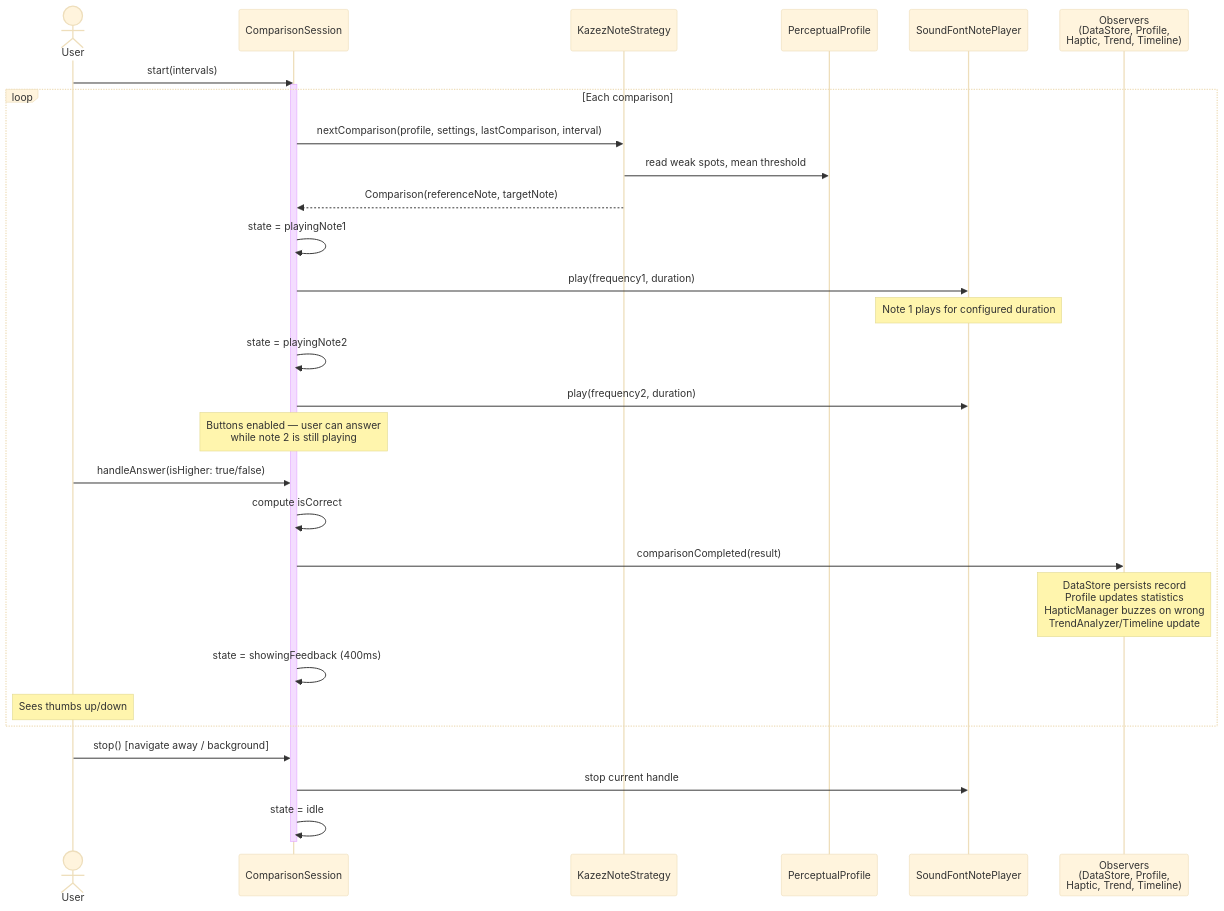
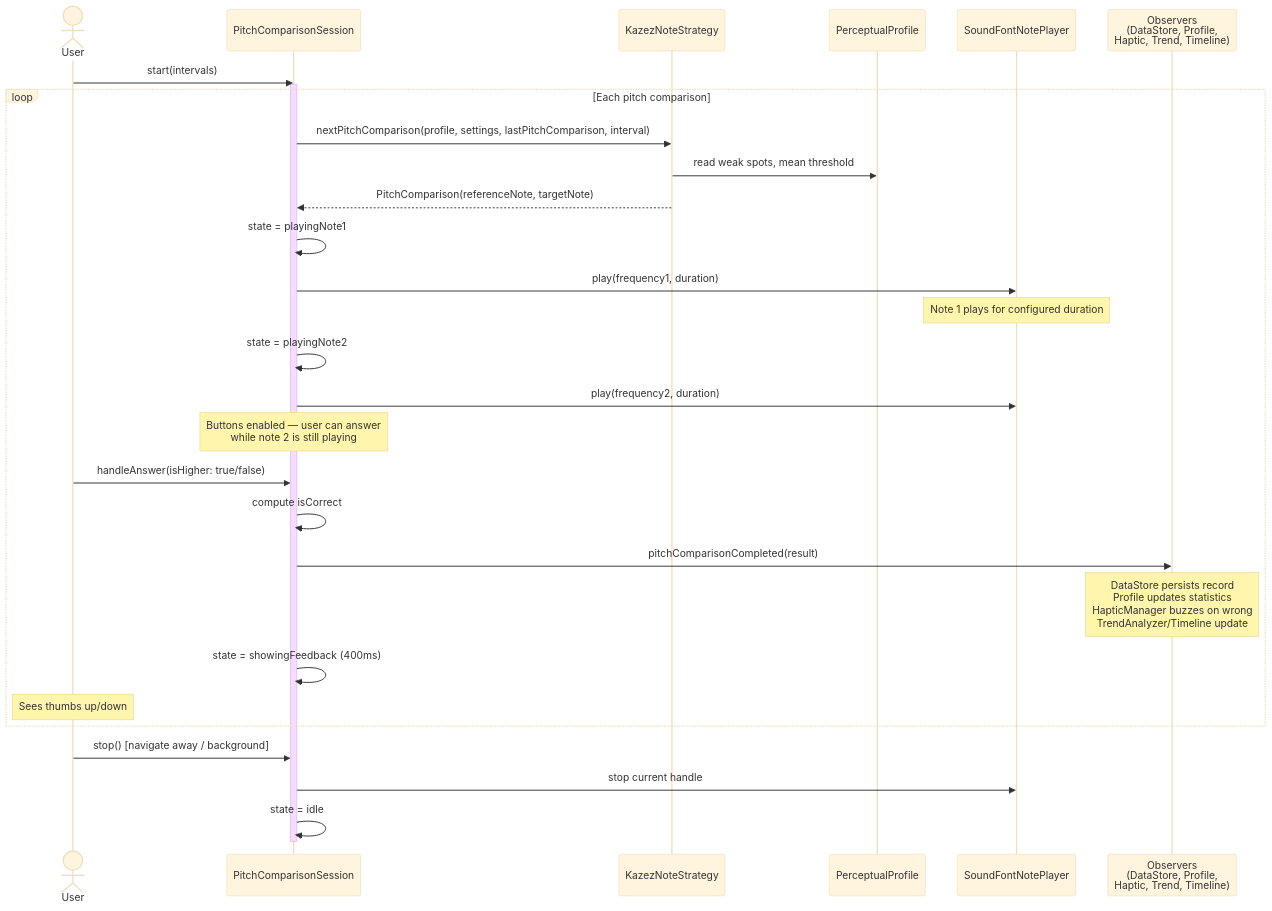
One commit to mschuerig/peach changed the first of 4 diagrams in docs/arc42/06-runtime-view.md. Above: the diagram before and after it, drawn with Mermaid (base theme). The commit also changed other lines of this file and 120 other files, not shown here.

First line of the commit message:
Rename Comparison to PitchComparison across entire codebase

````diff
--- a/docs/arc42/06-runtime-view.md
+++ b/docs/arc42/06-runtime-view.md
@@ -7,39 +7,39 @@
 ```mermaid
 sequenceDiagram
     actor User
-    participant CS as ComparisonSession
+    participant CS as PitchComparisonSession
     participant Strategy as KazezNoteStrategy
     participant Profile as PerceptualProfile
     participant NP as SoundFontNotePlayer
     participant Observers as Observers<br>(DataStore, Profile,<br>Haptic, Trend, Timeline)
 
     User->>CS: start(intervals)
     activate CS
 
-    loop Each comparison
-        CS->>Strategy: nextComparison(profile, settings, lastComparison, interval)
+    loop Each pitch comparison
+        CS->>Strategy: nextPitchComparison(profile, settings, lastPitchComparison, interval)
         Strategy->>Profile: read weak spots, mean threshold
-        Strategy-->>CS: Comparison(referenceNote, targetNote)
+        Strategy-->>CS: PitchComparison(referenceNote, targetNote)
 
         CS->>CS: state = playingNote1
         CS->>NP: play(frequency1, duration)
         Note over NP: Note 1 plays for configured duration
 
         CS->>CS: state = playingNote2
         CS->>NP: play(frequency2, duration)
         Note over CS: Buttons enabled — user can answer<br>while note 2 is still playing
 
         User->>CS: handleAnswer(isHigher: true/false)
         CS->>CS: compute isCorrect
-        CS->>Observers: comparisonCompleted(result)
+        CS->>Observers: pitchComparisonCompleted(result)
         Note over Observers: DataStore persists record<br>Profile updates statistics<br>HapticManager buzzes on wrong<br>TrendAnalyzer/Timeline update
 
         CS->>CS: state = showingFeedback (400ms)
         Note over User: Sees thumbs up/down
     end
 
     User->>CS: stop() [navigate away / background]
     CS->>NP: stop current handle
     CS->>CS: state = idle
     deactivate CS
 ```
````
